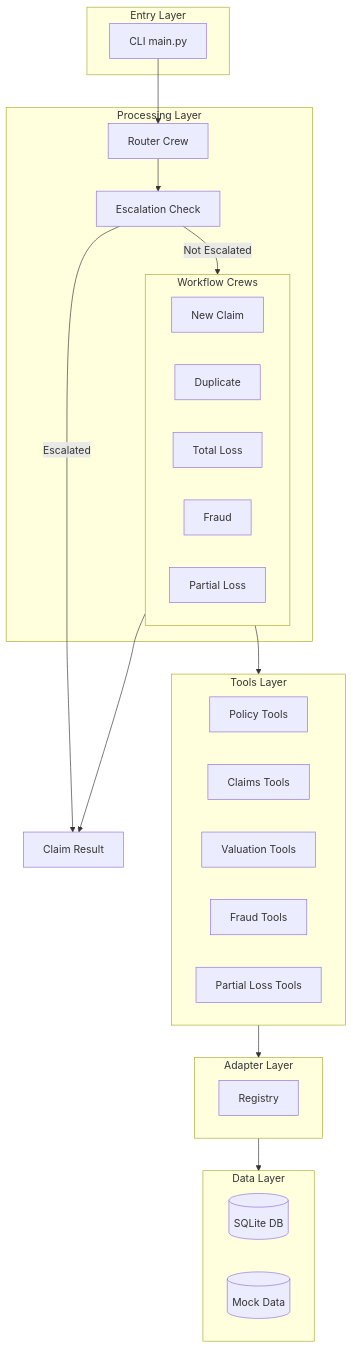
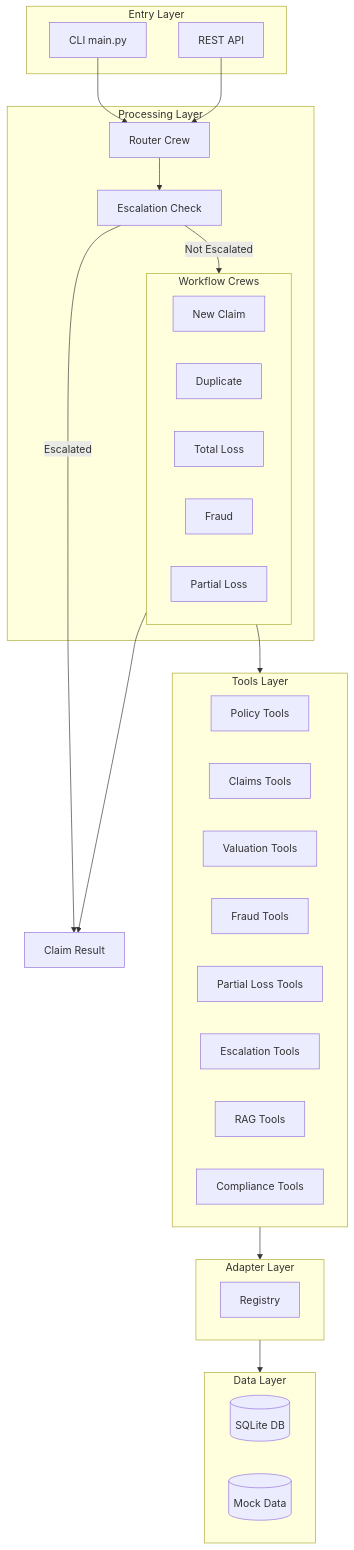
Before and after one commit to csmangum/auto-agent: the first of 2 diagrams in docs/architecture.md, drawn with Mermaid. The commit also changed other lines of this file and 1 other file, not shown here.

Commit message:
Update README and architecture documentation to reflect workflow changes
- Modified the flowchart in `README.md` to include a new Settlement Crew for total loss and partial loss claims.
- Enhanced `architecture.md` by adding a REST API entry point and clarifying the data layer's role, including details on SQLite and Mock Data.
- Updated workflow connections to ensure accurate representation of claim processing paths.

These updates improve the clarity and accuracy of the documentation regarding the system's architecture and workflows.

````diff
--- a/docs/architecture.md
+++ b/docs/architecture.md
@@ -7,46 +7,52 @@
 ```mermaid
 flowchart TB
     subgraph Entry["Entry Layer"]
         CLI[CLI main.py]
+        API[REST API]
     end
-    
+
     subgraph Processing["Processing Layer"]
         Router[Router Crew]
         Escalation[Escalation Check]
-        
+
         subgraph Workflows["Workflow Crews"]
             New[New Claim]
             Dup[Duplicate]
             TL[Total Loss]
             Fraud[Fraud]
             PL[Partial Loss]
         end
     end
-    
+
     subgraph Tools["Tools Layer"]
         Policy[Policy Tools]
         Claims[Claims Tools]
         Valuation[Valuation Tools]
         FraudTools[Fraud Tools]
         PLTools[Partial Loss Tools]
+        EscalationTools[Escalation Tools]
+        RAGTools[RAG Tools]
+        ComplianceTools[Compliance Tools]
     end
 
     subgraph Adapters["Adapter Layer"]
         AdapterRegistry[Registry]
     end
-    
+
     subgraph Data["Data Layer"]
         SQLite[(SQLite DB)]
         MockDB[(Mock Data)]
     end
-    
+
     ClaimResult[Claim Result]
 
-    CLI --> Router --> Escalation
+    CLI --> Router
+    API --> Router
+    Router --> Escalation
     Escalation -->|Escalated| ClaimResult
     Escalation -->|Not Escalated| Workflows
     Workflows --> ClaimResult
     Workflows --> Tools
     Tools --> Adapters
     Adapters --> Data
 ```
````
